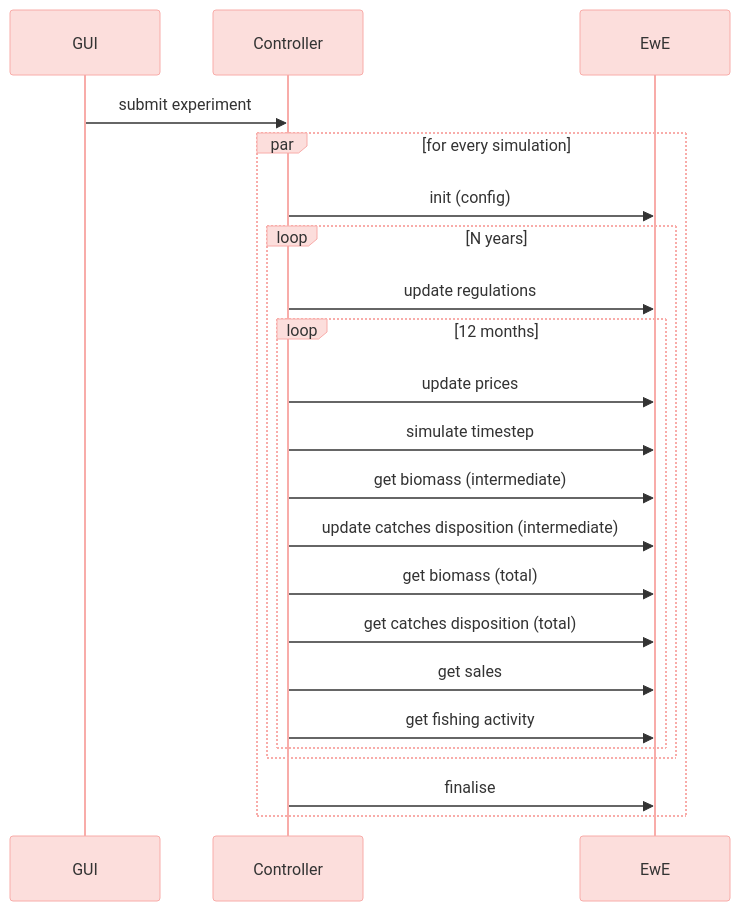
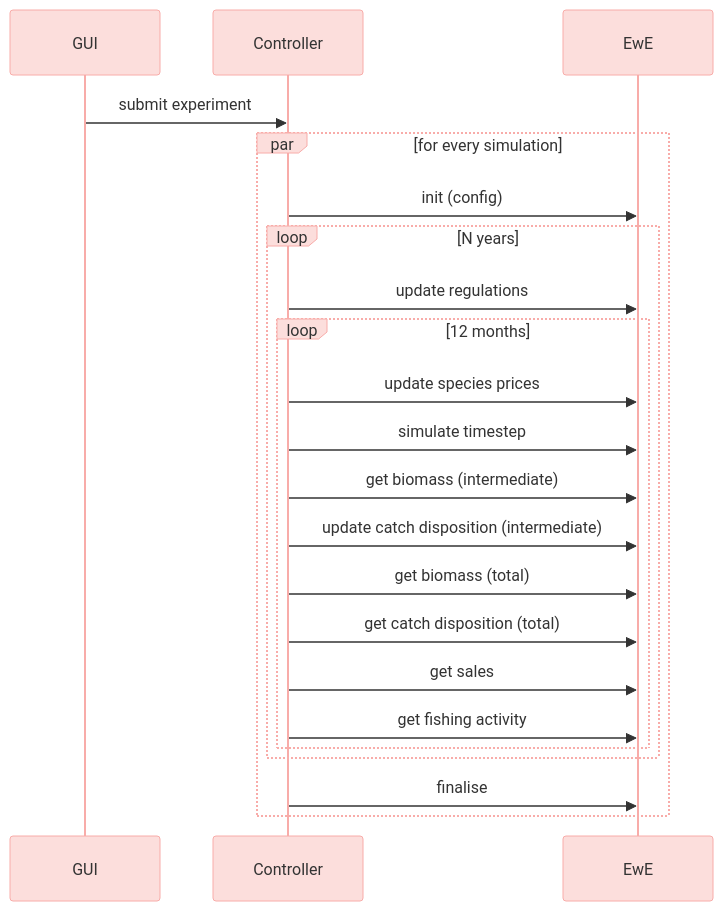
Before and after one commit to SURIMI-Project/SURIMI-project: the diagram in deliverables/D3.5 - EwE model/D3.5 - EwE model.md, drawn with Mermaid. The commit also changed other lines of this file, not shown here.

````diff
--- a/deliverables/D3.5 - EwE model/D3.5 - EwE model.md
+++ b/deliverables/D3.5 - EwE model/D3.5 - EwE model.md
@@ -59,37 +67,37 @@
 ```mermaid
 %%{init: {'theme': 'base', 'themeVariables': {'primaryColor': '#FCDEDC', 'primaryBorderColor': '#F8ACA9', 'edgeLabelBackground': '#FFFFFF'}}}%%
 
  sequenceDiagram
 
     participant GUI
     participant Controller
     participant EwE
 
     %% Initialisation %%
     %% this is the init %%
     GUI ->> Controller: submit experiment
     par for every simulation
     Controller ->> EwE: init (config)
 
     %% Simulation %%
     %% starting the simulation %%
 
     loop N years
         Controller ->> EwE: update regulations
         loop 12 months
-            Controller ->> EwE: update prices
+            Controller ->> EwE: update species prices
             Controller ->> EwE: simulate timestep
             Controller ->> EwE: get biomass (intermediate)
-            Controller ->> EwE: update catches disposition (intermediate)
+            Controller ->> EwE: update catch disposition (intermediate)
 
             Controller ->> EwE: get biomass (total)
-            Controller ->> EwE: get catches disposition (total) 
+            Controller ->> EwE: get catch disposition (total)
 
             Controller ->> EwE: get sales
 
             Controller ->> EwE: get fishing activity
         end
     end
     Controller ->> EwE: finalise
 end
 ```
````
